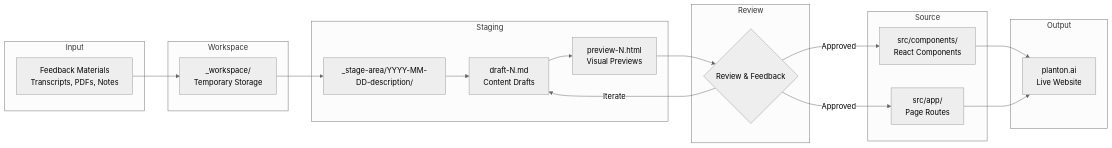
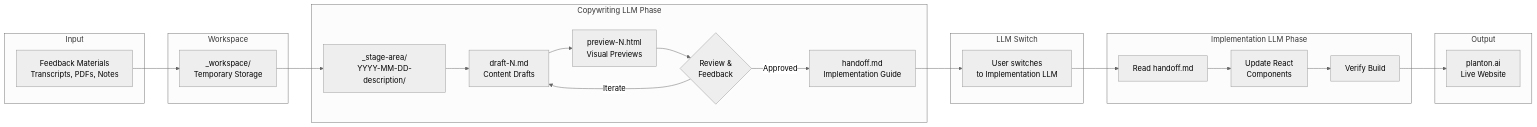
Before and after one commit to plantonhq/planton.ai: the diagram in content/copywriting/README.md, drawn with Mermaid (neutral theme). The commit also changed other lines of this file and 6 other files, not shown here.

First line of the commit message:
feat(copywriting): add PDF conversion and two-LLM handoff workflow

````diff
--- a/content/copywriting/README.md
+++ b/content/copywriting/README.md
@@ -34,40 +37,45 @@
 ```mermaid
 flowchart LR
     subgraph Input
         Materials[Feedback Materials<br/>Transcripts, PDFs, Notes]
     end
 
     subgraph Workspace
         Dump[_workspace/<br/>Temporary Storage]
     end
 
-    subgraph Staging
-        StageArea[_stage-area/YYYY-MM-DD-description/]
+    subgraph CopywritingLLM[Copywriting LLM Phase]
+        Stage[_stage-area/<br/>YYYY-MM-DD-description/]
         Draft[draft-N.md<br/>Content Drafts]
         Preview[preview-N.html<br/>Visual Previews]
+        Review{Review &<br/>Feedback}
+        Handoff[handoff.md<br/>Implementation Guide]
     end
 
-    subgraph Review
-        Feedback{Review & Feedback}
+    subgraph Transition[LLM Switch]
+        Switch[User switches<br/>to Implementation LLM]
     end
 
-    subgraph Source
-        Components[src/components/<br/>React Components]
-        Pages[src/app/<br/>Page Routes]
+    subgraph ImplementationLLM[Implementation LLM Phase]
+        Read[Read handoff.md]
+        Components[Update React<br/>Components]
+        Verify[Verify Build]
     end
 
     subgraph Output
         Website[planton.ai<br/>Live Website]
     end
 
     Materials --> Dump
-    Dump --> StageArea
-    StageArea --> Draft
+    Dump --> Stage
+    Stage --> Draft
     Draft --> Preview
-    Preview --> Feedback
-    Feedback -->|Iterate| Draft
-    Feedback -->|Approved| Components
-    Feedback -->|Approved| Pages
-    Components --> Website
-    Pages --> Website
+    Preview --> Review
+    Review -->|Iterate| Draft
+    Review -->|Approved| Handoff
+    Handoff --> Switch
+    Switch --> Read
+    Read --> Components
+    Components --> Verify
+    Verify --> Website
 ```
````
